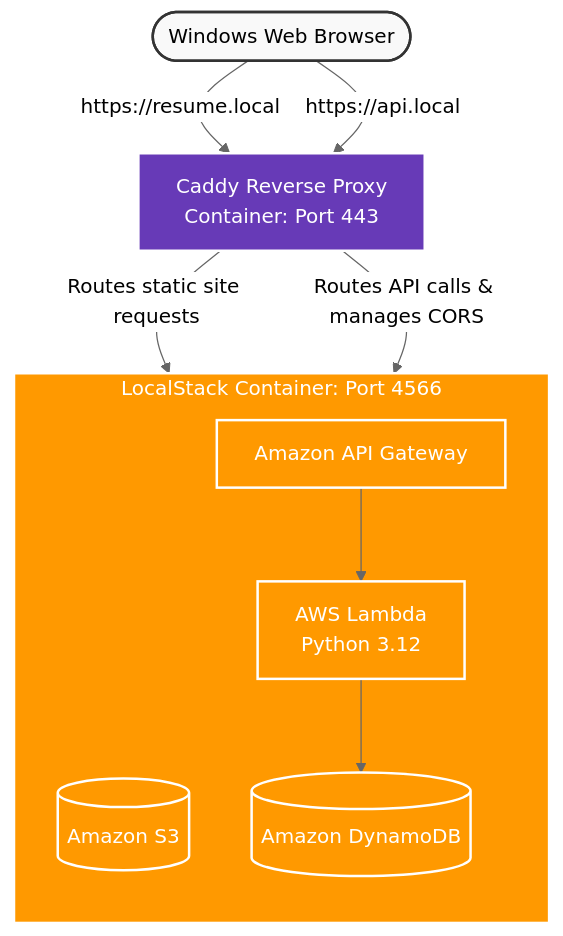
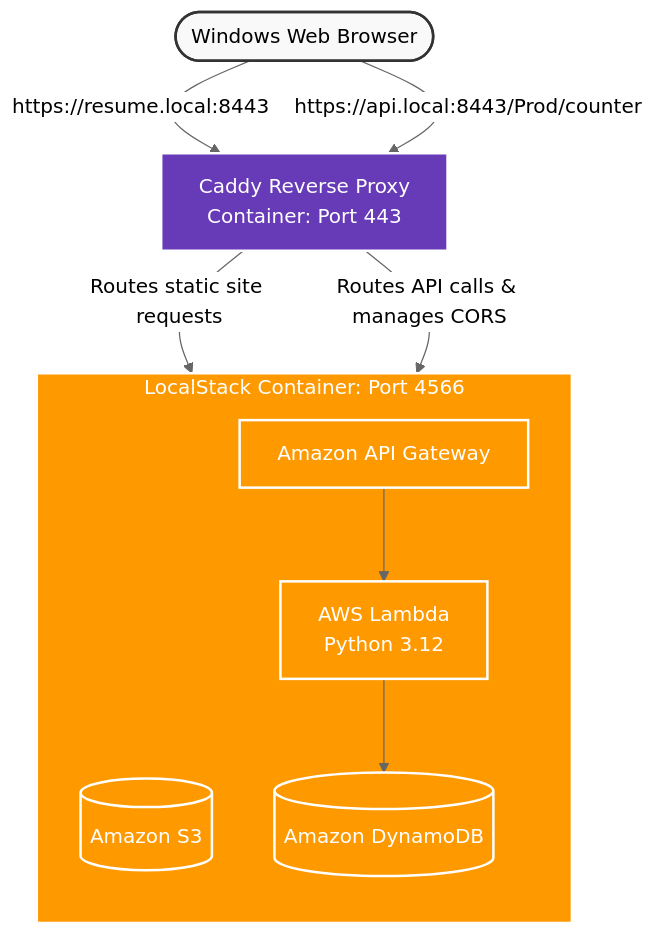
Before and after one commit to sgilcaballero/aws-cloud-resume-challenge: the diagram in README.md, drawn with Mermaid (neutral theme). The commit also changed other lines of this file and 1 other file, not shown here.

````diff
--- a/README.md
+++ b/README.md
@@ -78,32 +8,32 @@
 ```mermaid
 graph TD
     %% Browser to Proxy
-    User([Windows Web Browser]) -- "https://resume.local" --> Caddy[Caddy Reverse Proxy<br>Container: Port 443]
-    User -- "https://api.local" --> Caddy
+    User([Windows Web Browser]) -- "https://resume.local:8443" --> Caddy[Caddy Reverse Proxy<br>Container: Port 443]
+    User -- "https://api.local:8443/Prod/counter" --> Caddy
 
     %% Proxy to LocalStack Services
     subgraph LocalStack [LocalStack Container: Port 4566]
         direction TB
         S3[(Amazon S3)]
         APIGW[Amazon API Gateway]
         Lambda[AWS Lambda <br>Python 3.12]
         Dynamo[(Amazon DynamoDB)]
         
         %% Internal Wiring
         APIGW --> Lambda
         Lambda --> Dynamo
     end
 
     %% Routing inside Proxy
     Caddy -- "Routes static site requests" --> S3
     Caddy -- "Routes API calls & manages CORS" --> APIGW
 
     %% Styling
     classDef external fill:#f9f9f9,stroke:#333,stroke-width:2px;
     classDef proxy fill:#673ab7,stroke:#fff,stroke-width:2px,color:#fff;
     classDef aws fill:#ff9900,stroke:#fff,stroke-width:2px,color:#fff;
     
     class User external;
     class Caddy proxy;
     class LocalStack,S3,APIGW,Lambda,Dynamo aws;
 ```
````
